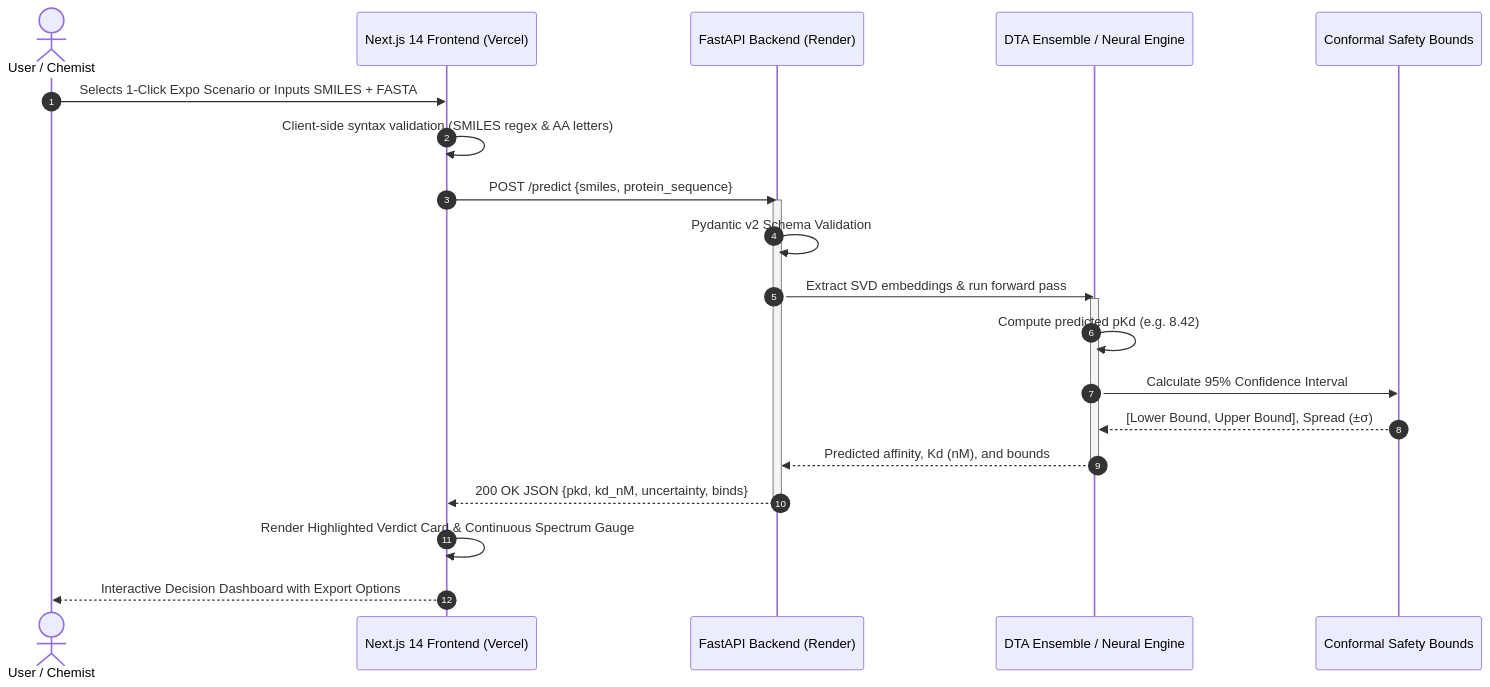
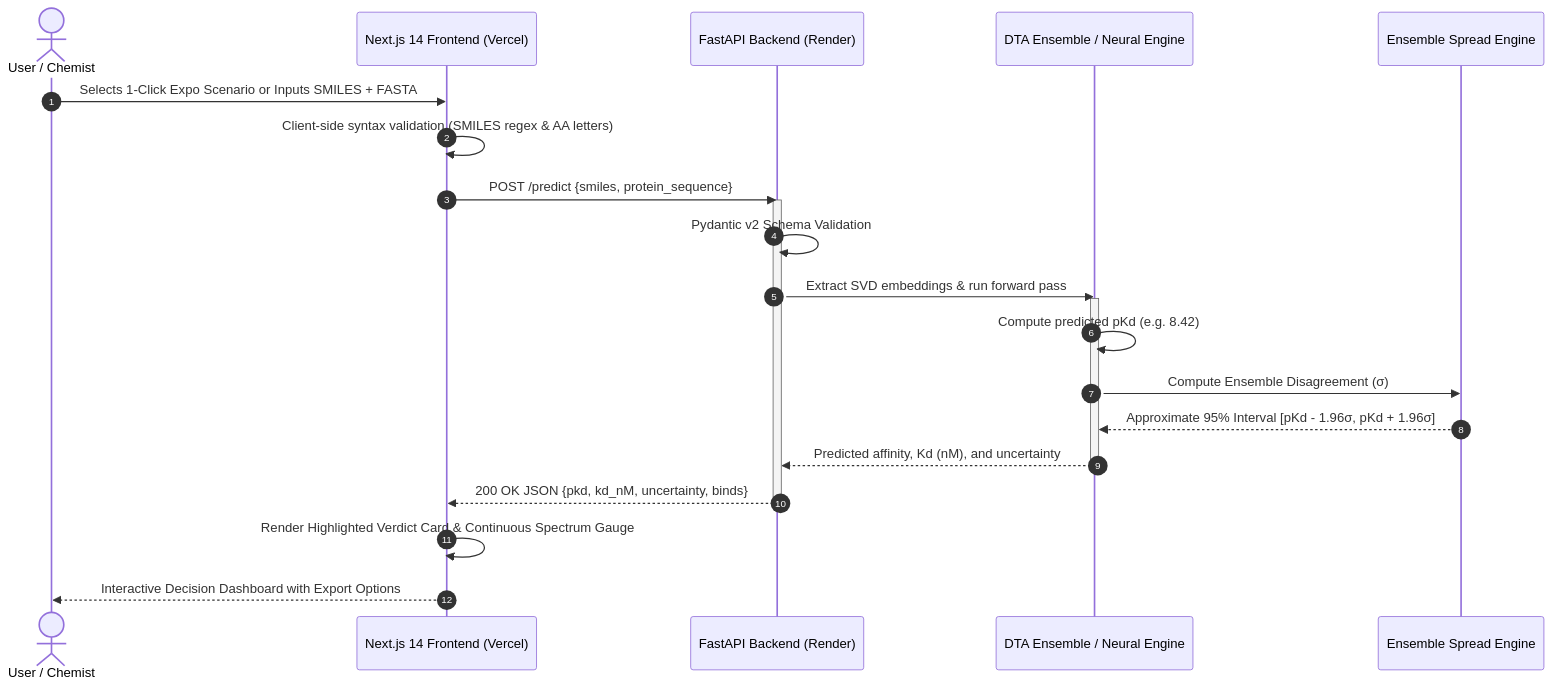
One commit to SC-Charan/DeepDTA-Plus changed the diagram in docs/DEEPDTA_PLUS_COMPLETE_REVIEW.md. Above: the diagram before and after it, drawn with Mermaid. The commit also changed other lines of this file and 2 other files, not shown here.

Commit message:
feat(code): add Deep2TowerDTA architecture, standalone training script, and exact metrics.json table alignment

````diff
--- a/docs/DEEPDTA_PLUS_COMPLETE_REVIEW.md
+++ b/docs/DEEPDTA_PLUS_COMPLETE_REVIEW.md
@@ -76,30 +76,30 @@
 ```mermaid
 sequenceDiagram
     autonumber
     actor Chemist as User / Chemist
     participant UI as Next.js 14 Frontend (Vercel)
     participant API as FastAPI Backend (Render)
     participant Model as DTA Ensemble / Neural Engine
-    participant Calib as Conformal Safety Bounds
+    participant Spread as Ensemble Spread Engine
 
     Chemist->>UI: Selects 1-Click Expo Scenario or Inputs SMILES + FASTA
     UI->>UI: Client-side syntax validation (SMILES regex & AA letters)
     UI->>API: POST /predict {smiles, protein_sequence}
     
     activate API
     API->>API: Pydantic v2 Schema Validation
     API->>Model: Extract SVD embeddings & run forward pass
     
     activate Model
     Model->>Model: Compute predicted pKd (e.g. 8.42)
-    Model->>Calib: Calculate 95% Confidence Interval
-    Calib-->>Model: [Lower Bound, Upper Bound], Spread (±σ)
-    Model-->>API: Predicted affinity, Kd (nM), and bounds
+    Model->>Spread: Compute Ensemble Disagreement (σ)
+    Spread-->>Model: Approximate 95% Interval [pKd - 1.96σ, pKd + 1.96σ]
+    Model-->>API: Predicted affinity, Kd (nM), and uncertainty
     deactivate Model
 
     API-->>UI: 200 OK JSON {pkd, kd_nM, uncertainty, binds}
     deactivate API
 
     UI->>UI: Render Highlighted Verdict Card & Continuous Spectrum Gauge
     UI-->>Chemist: Interactive Decision Dashboard with Export Options
 ```
````
